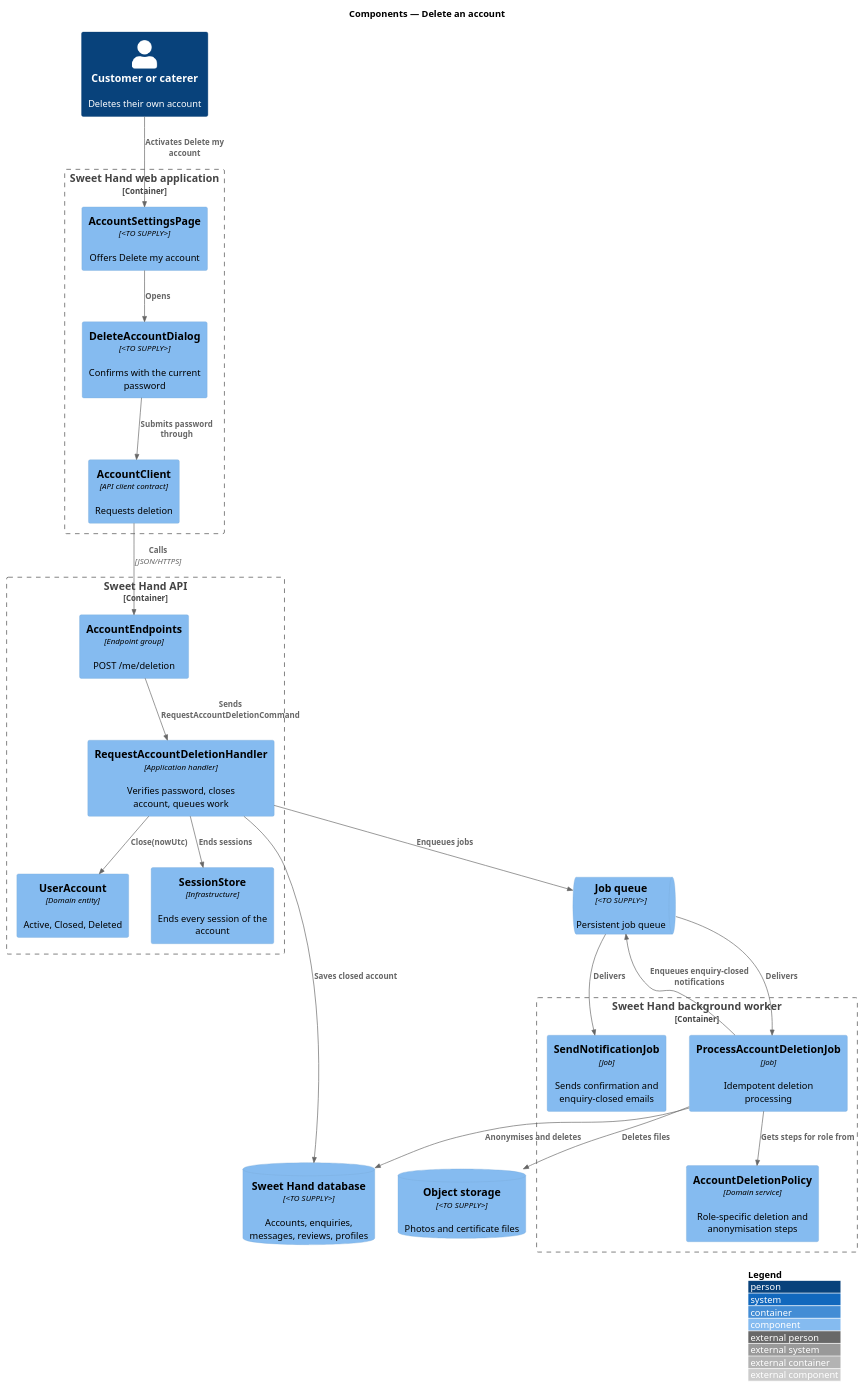
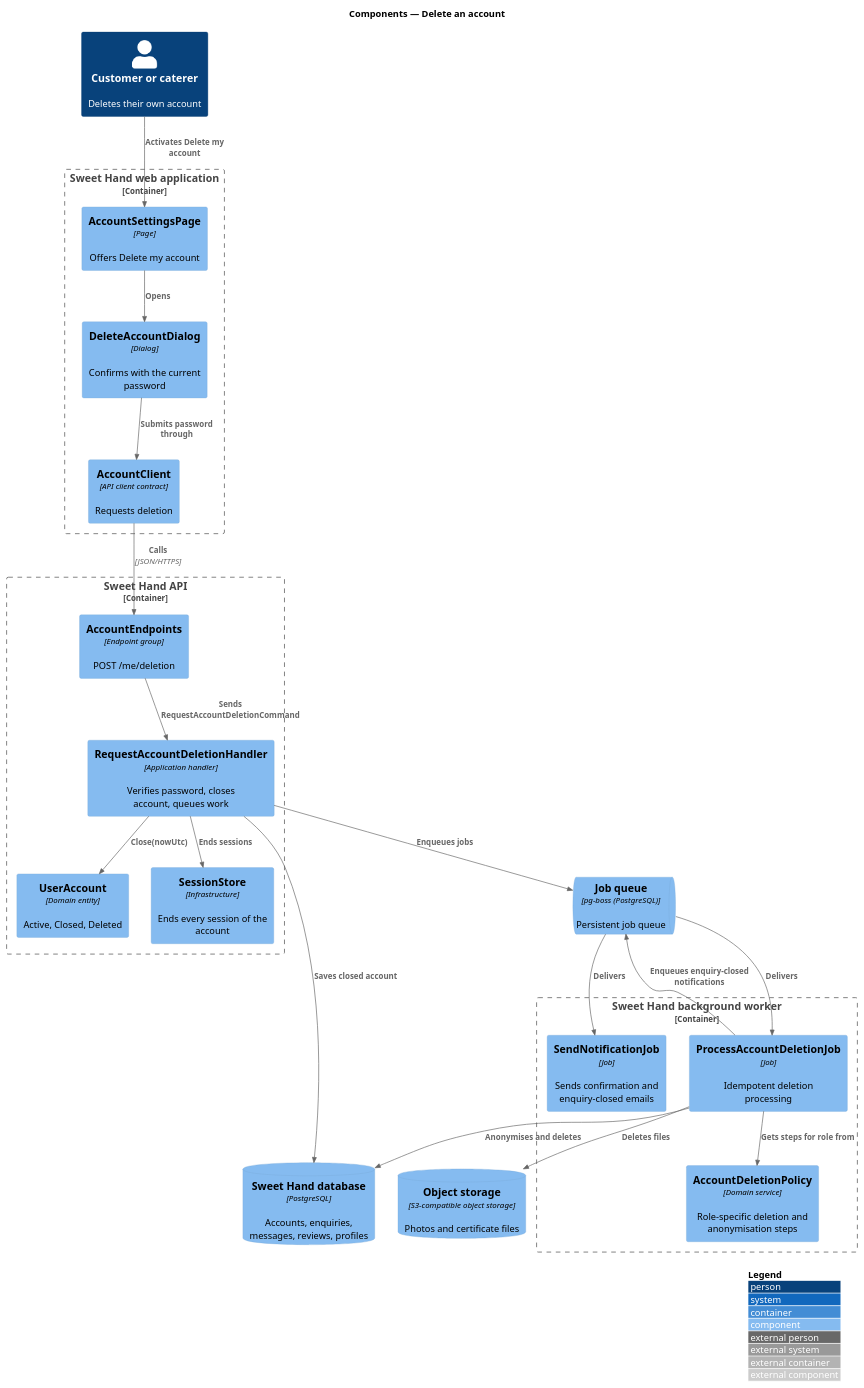
The diagram in docs/detailed-designs/privacy/delete-account/diagrams/c4-component.puml (QuinntyneBrown/sweet-hand), drawn with PlantUML before and after one commit. The commit also changed 34 other files, not shown here.

```diff
--- a/docs/detailed-designs/privacy/delete-account/diagrams/c4-component.puml
+++ b/docs/detailed-designs/privacy/delete-account/diagrams/c4-component.puml
@@ -1,46 +1,46 @@
 @startuml
 !include <C4/C4_Component>
 LAYOUT_WITH_LEGEND()
 title Components — Delete an account
 
 Person(user, "Customer or caterer", "Deletes their own account")
 
 Container_Boundary(web, "Sweet Hand web application") {
-  Component(settings, "AccountSettingsPage", "<TO SUPPLY>", "Offers Delete my account")
-  Component(dialog, "DeleteAccountDialog", "<TO SUPPLY>", "Confirms with the current password")
+  Component(settings, "AccountSettingsPage", "Page", "Offers Delete my account")
+  Component(dialog, "DeleteAccountDialog", "Dialog", "Confirms with the current password")
   Component(client, "AccountClient", "API client contract", "Requests deletion")
 }
 
 Container_Boundary(api, "Sweet Hand API") {
   Component(endpoints, "AccountEndpoints", "Endpoint group", "POST /me/deletion")
   Component(handler, "RequestAccountDeletionHandler", "Application handler", "Verifies password, closes account, queues work")
   Component(account, "UserAccount", "Domain entity", "Active, Closed, Deleted")
   Component(sessions, "SessionStore", "Infrastructure", "Ends every session of the account")
 }
 
 Container_Boundary(worker, "Sweet Hand background worker") {
   Component(job, "ProcessAccountDeletionJob", "Job", "Idempotent deletion processing")
   Component(policy, "AccountDeletionPolicy", "Domain service", "Role-specific deletion and anonymisation steps")
   Component(notify, "SendNotificationJob", "Job", "Sends confirmation and enquiry-closed emails")
 }
 
-ComponentDb(db, "Sweet Hand database", "<TO SUPPLY>", "Accounts, enquiries, messages, reviews, profiles")
-ComponentDb(storage, "Object storage", "<TO SUPPLY>", "Photos and certificate files")
-ComponentQueue(queue, "Job queue", "<TO SUPPLY>", "Persistent job queue")
+ComponentDb(db, "Sweet Hand database", "PostgreSQL", "Accounts, enquiries, messages, reviews, profiles")
+ComponentDb(storage, "Object storage", "S3-compatible object storage", "Photos and certificate files")
+ComponentQueue(queue, "Job queue", "pg-boss (PostgreSQL)", "Persistent job queue")
 
 Rel(user, settings, "Activates Delete my account")
 Rel(settings, dialog, "Opens")
 Rel(dialog, client, "Submits password through")
 Rel(client, endpoints, "Calls", "JSON/HTTPS")
 Rel(endpoints, handler, "Sends RequestAccountDeletionCommand")
 Rel(handler, account, "Close(nowUtc)")
 Rel(handler, sessions, "Ends sessions")
 Rel(handler, db, "Saves closed account")
 Rel(handler, queue, "Enqueues jobs")
 Rel(queue, job, "Delivers")
 Rel(queue, notify, "Delivers")
 Rel(job, policy, "Gets steps for role from")
 Rel(job, db, "Anonymises and deletes")
 Rel(job, storage, "Deletes files")
 Rel(job, queue, "Enqueues enquiry-closed notifications")
 @enduml
```
